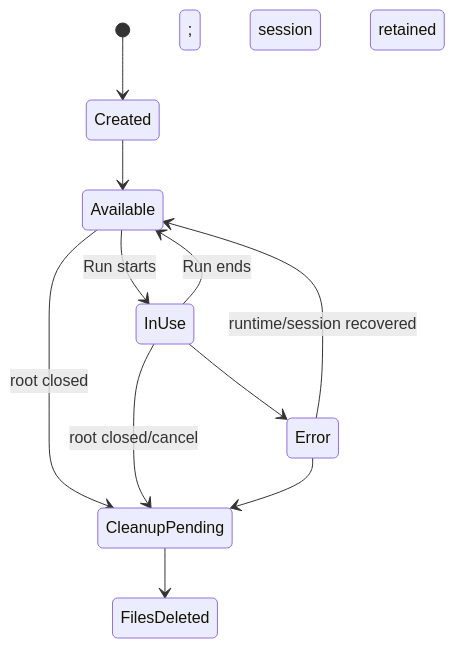
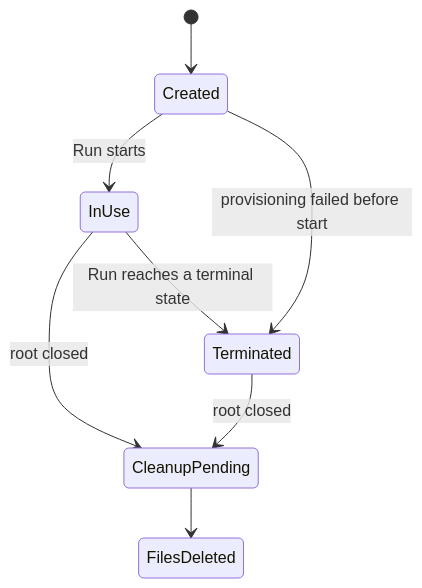
Before and after one commit to aliaksandrZh/ai-worker-01: the fourth of 5 diagrams in pi-agent-architecture/03-state-machines.md, drawn with Mermaid. The commit also changed other lines of this file and 6 other files, not shown here.

````diff
--- a/pi-agent-architecture/03-state-machines.md
+++ b/pi-agent-architecture/03-state-machines.md
@@ -87,13 +91,10 @@
 ```mermaid
 stateDiagram-v2
     [*] --> Created
-    Created --> Available
-    Available --> InUse: Run starts
-    InUse --> Available: Run ends; session retained
-    InUse --> Error
-    Error --> Available: runtime/session recovered
-    Available --> CleanupPending: root closed
-    InUse --> CleanupPending: root closed/cancel
-    Error --> CleanupPending
+    Created --> InUse: Run starts
+    InUse --> Terminated: Run reaches a terminal state
+    Created --> Terminated: provisioning failed before start
+    InUse --> CleanupPending: root closed
+    Terminated --> CleanupPending: root closed
     CleanupPending --> FilesDeleted
 ```
````
